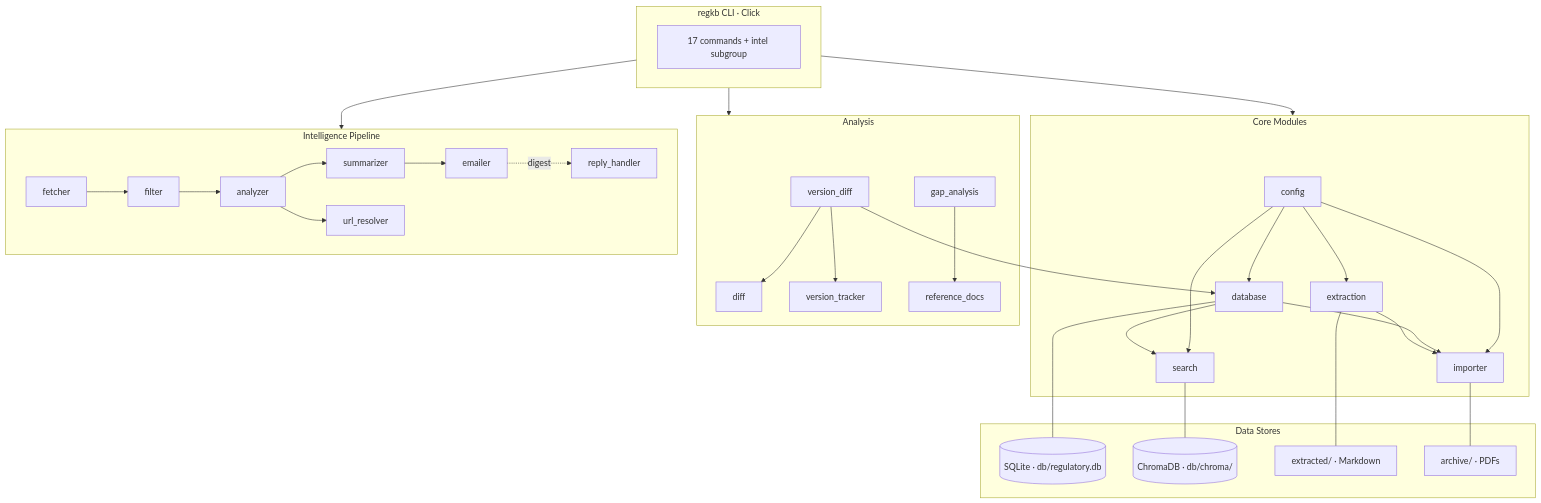
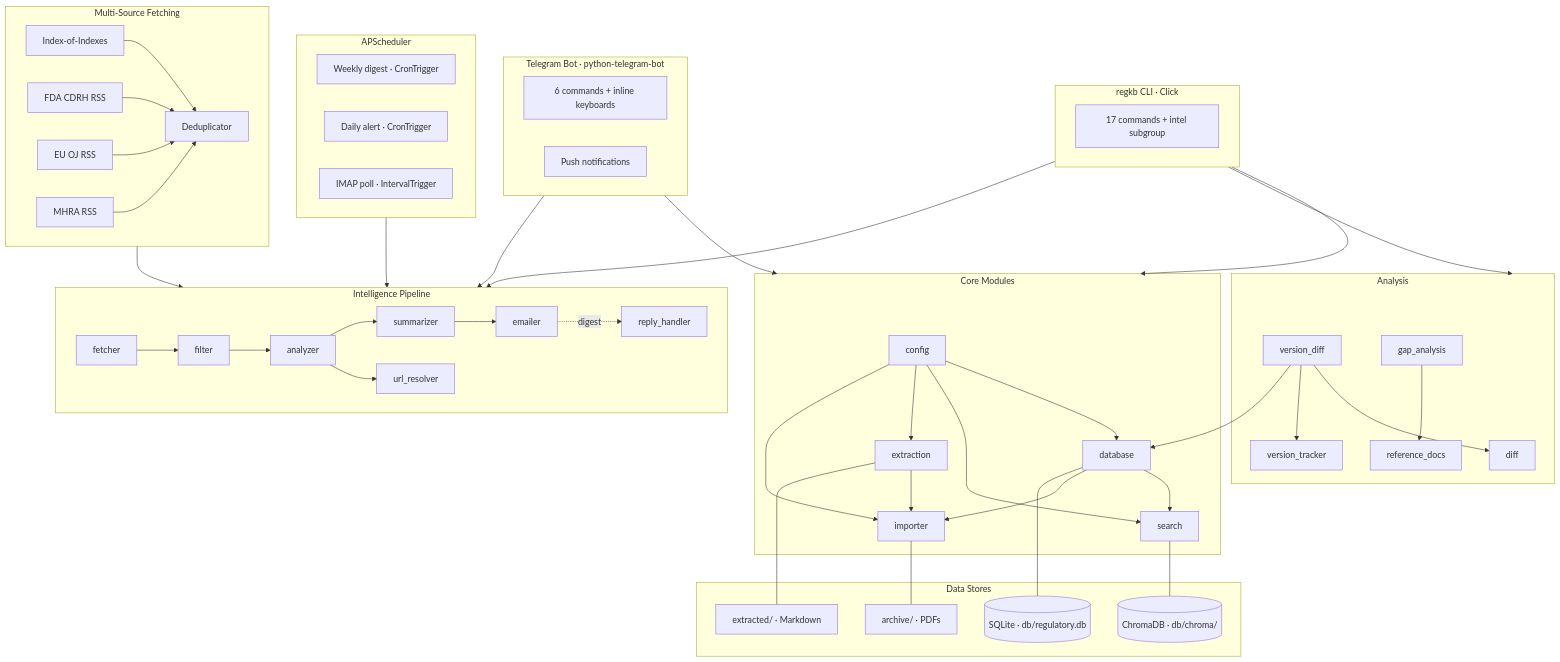
One commit to lisadonlon/RegulatoryKB changed the first of 3 diagrams in CLAUDE.md. Above: the diagram before and after it, drawn with Mermaid. The commit also changed other lines of this file and 35 other files, not shown here.

First line of the commit message:
Implement conversational agent: Telegram bot, APScheduler, multi-source RSS

````diff
--- a/CLAUDE.md
+++ b/CLAUDE.md
@@ -81,43 +133,66 @@
 ```mermaid
 graph TB
     subgraph CLI["regkb CLI · Click"]
         commands["17 commands + intel subgroup"]
     end
 
     subgraph Core["Core Modules"]
         config["config"] --> db["database"]
         config --> search["search"]
         config --> extraction["extraction"]
         config --> importer["importer"]
         db --> search
         db --> importer
         extraction --> importer
     end
 
     subgraph Analysis["Analysis"]
         diff["diff"]
         vt["version_tracker"]
         vd["version_diff"]
         gap["gap_analysis"] --> ref["reference_docs"]
         vd --> diff & vt & db
     end
 
     subgraph Intel["Intelligence Pipeline"]
         fetcher --> filter --> analyzer --> summarizer --> emailer
         emailer -.->|digest| reply_handler
         analyzer --> url_resolver
     end
 
     subgraph Stores["Data Stores"]
         sqlite[("SQLite · db/regulatory.db")]
         chroma[("ChromaDB · db/chroma/")]
         extracted["extracted/ · Markdown"]
         archive["archive/ · PDFs"]
     end
 
+    subgraph Bot["Telegram Bot · python-telegram-bot"]
+        handlers["6 commands + inline keyboards"]
+        notifications["Push notifications"]
+    end
+
+    subgraph Sched["APScheduler"]
+        weekly["Weekly digest · CronTrigger"]
+        daily["Daily alert · CronTrigger"]
+        imap["IMAP poll · IntervalTrigger"]
+    end
+
+    subgraph Sources["Multi-Source Fetching"]
+        ioi["Index-of-Indexes"]
+        fda_rss["FDA CDRH RSS"]
+        eu_rss["EU OJ RSS"]
+        mhra_rss["MHRA RSS"]
+        dedup["Deduplicator"]
+        ioi & fda_rss & eu_rss & mhra_rss --> dedup
+    end
+
     CLI --> Core & Analysis & Intel
+    Bot --> Core & Intel
+    Sched --> Intel
+    Sources --> Intel
     db --- sqlite
     search --- chroma
     extraction --- extracted
     importer --- archive
 ```
````
